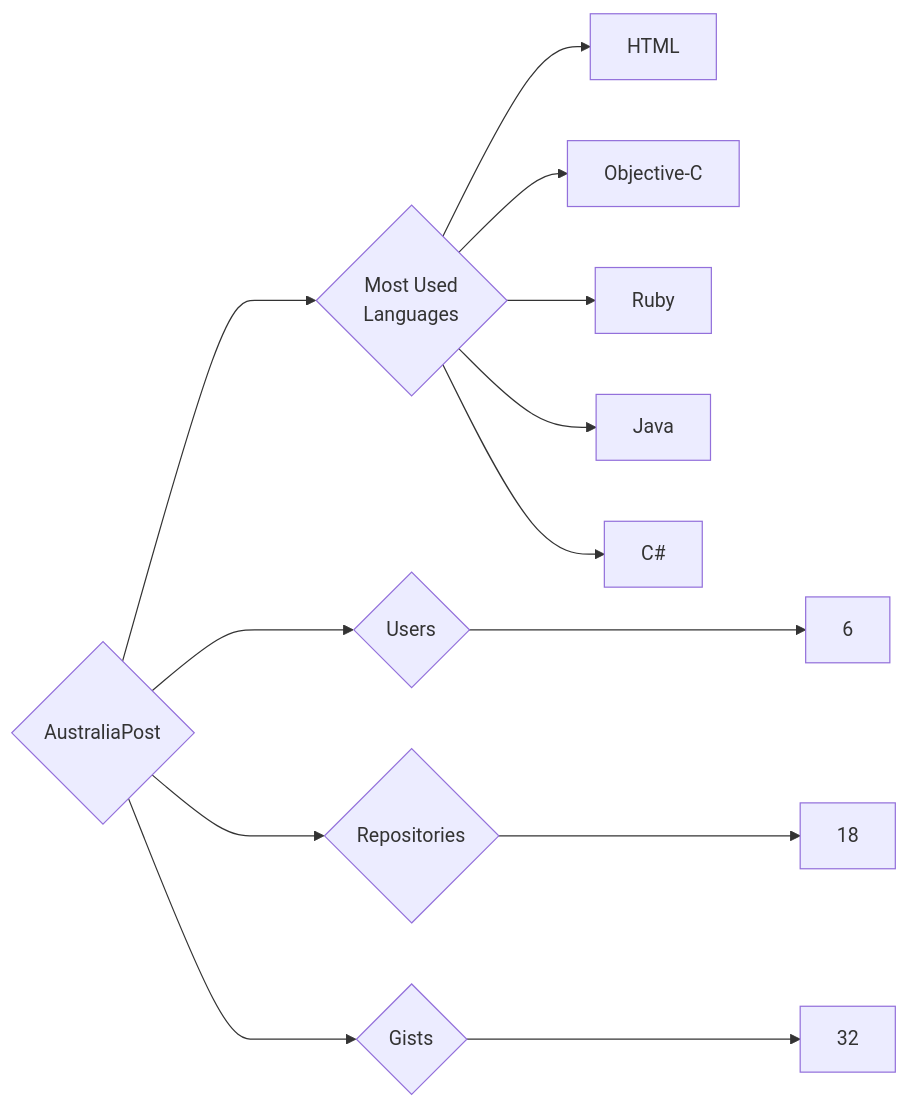
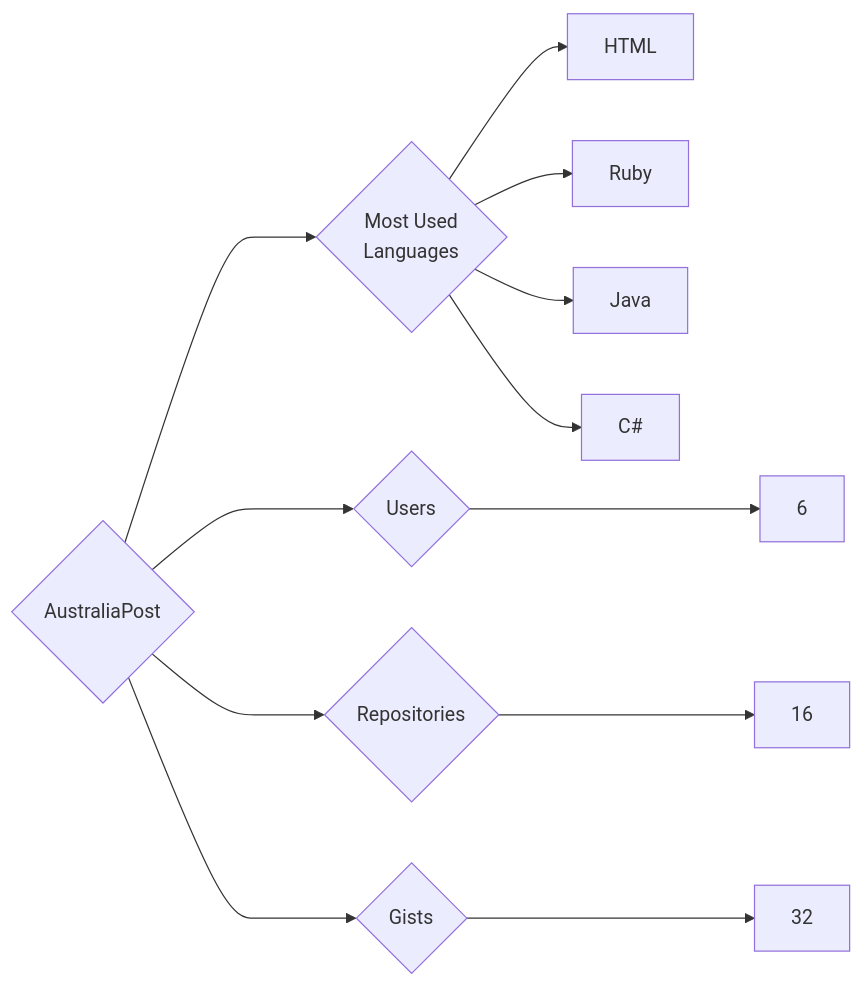
Before and after one commit to trickest/insiders: the diagram in targets/AustraliaPost/README.md, drawn with Mermaid. The commit also changed 1036 other files, not shown here.

````diff
--- a/targets/AustraliaPost/README.md
+++ b/targets/AustraliaPost/README.md
@@ -3,13 +3,12 @@
 ```mermaid
 graph LR
 COMPANY_NAME{AustraliaPost}
 COMPANY_NAME ---> U{Users} ---> UN[6]
-COMPANY_NAME ---> R{Repositories} ---> RN[18]
+COMPANY_NAME ---> R{Repositories} ---> RN[16]
 COMPANY_NAME ---> G{Gists} ---> GN[32]
 COMPANY_NAME ---> ML{Most Used<br>Languages}
 ML --> HTML[HTML]
-ML --> Objective-C[Objective-C]
 ML --> Ruby[Ruby]
 ML --> Java[Java]
 ML --> C#[C#]
 ```
````
